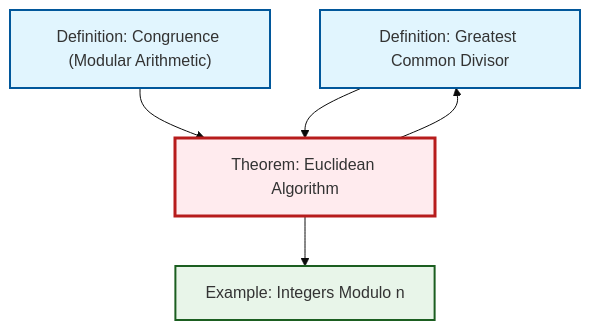
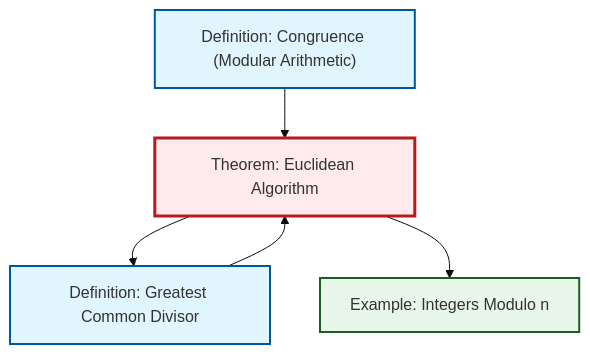
Before and after one commit to RK0429/ModernMath: the second of 2 diagrams in content/ja/number-theory/thm-euclidean-algorithm.qmd, drawn with Mermaid (base theme). The commit also changed other lines of this file and 434 other files, not shown here.

````diff
--- a/content/ja/number-theory/thm-euclidean-algorithm.qmd
+++ b/content/ja/number-theory/thm-euclidean-algorithm.qmd
@@ -95,21 +95,21 @@
 ```{mermaid}
 %%| fig-cap: "Local dependency graph"
 graph TD
     classDef definition fill:#e1f5fe,stroke:#01579b,stroke-width:2px
     classDef theorem fill:#f3e5f5,stroke:#4a148c,stroke-width:2px
     classDef axiom fill:#fff3e0,stroke:#e65100,stroke-width:2px
     classDef example fill:#e8f5e9,stroke:#1b5e20,stroke-width:2px
     classDef current fill:#ffebee,stroke:#b71c1c,stroke-width:3px
+    thm-euclidean-algorithm["Theorem: Euclidean Algorithm"]:::theorem
+    def-congruence["Definition: Congruence (Modular Arithmetic)"]:::definition
+    ex-quotient-integers-mod-n["Example: Integers Modulo n"]:::example
     def-gcd["Definition: Greatest Common Divisor"]:::definition
-    ex-quotient-integers-mod-n["Example: Integers Modulo n"]:::example
-    def-congruence["Definition: Congruence (Modular Arithmetic)"]:::definition
-    thm-euclidean-algorithm["Theorem: Euclidean Algorithm"]:::theorem
     thm-euclidean-algorithm --> def-gcd
+    thm-euclidean-algorithm --> ex-quotient-integers-mod-n
     def-congruence --> thm-euclidean-algorithm
-    thm-euclidean-algorithm --> ex-quotient-integers-mod-n
     def-gcd --> thm-euclidean-algorithm
     class thm-euclidean-algorithm current
+    click def-congruence "def-congruence.html" "Definition: Congruence (Modular Arithmetic)へ"
+    click ex-quotient-integers-mod-n "ex-quotient-integers-mod-n.html" "Example: Integers Modulo nへ"
     click def-gcd "def-gcd.html" "Definition: Greatest Common Divisorへ"
-    click ex-quotient-integers-mod-n "ex-quotient-integers-mod-n.html" "Example: Integers Modulo nへ"
-    click def-congruence "def-congruence.html" "Definition: Congruence (Modular Arithmetic)へ"
 ```
````
